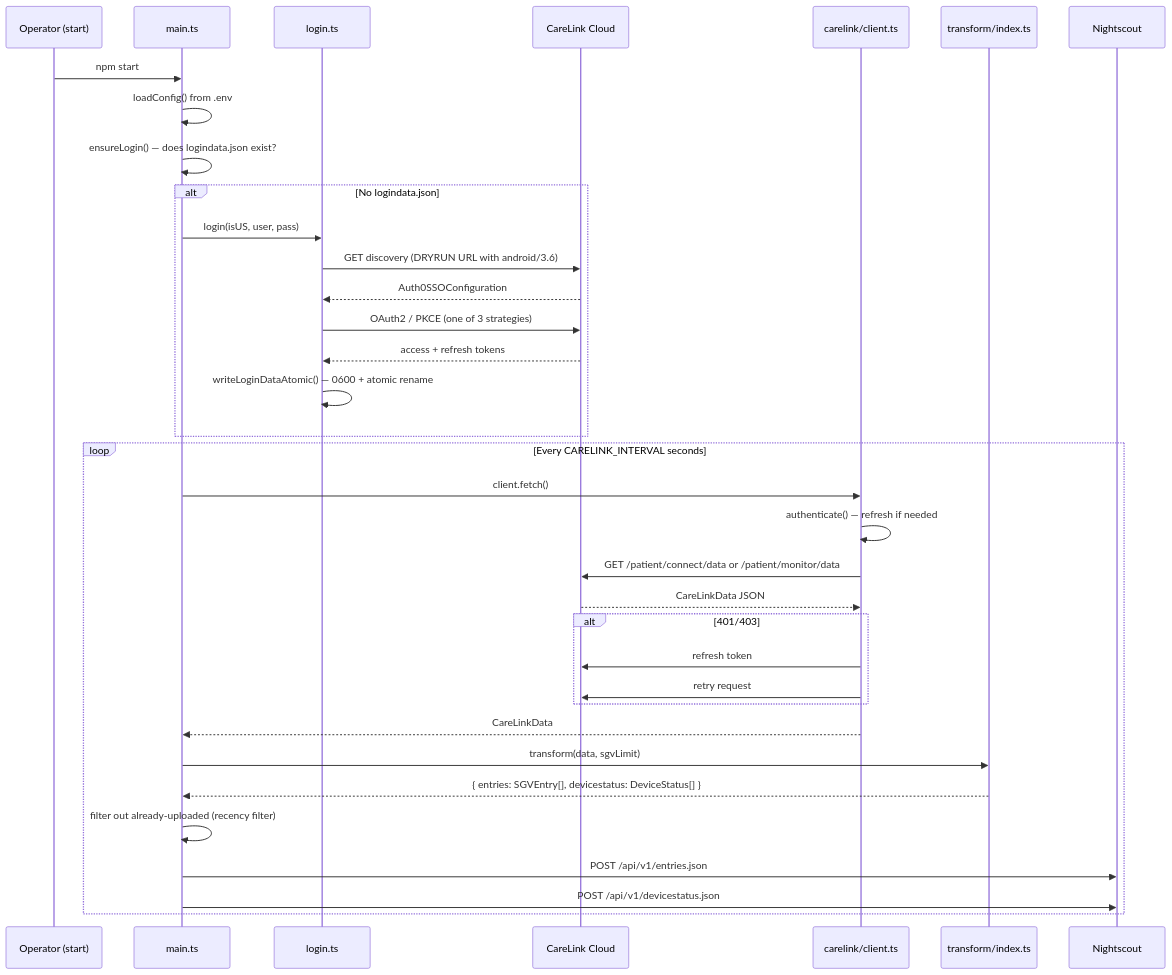
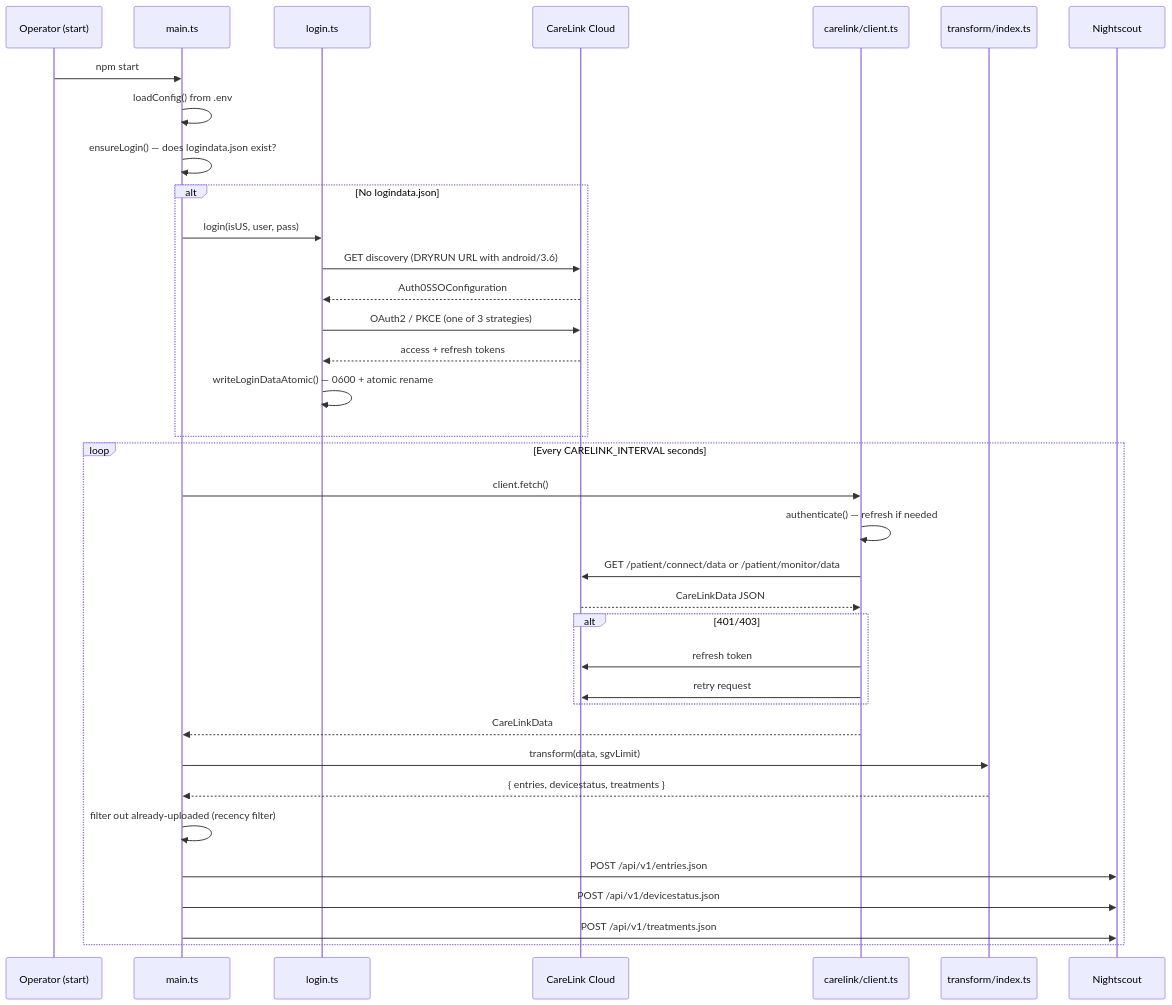
Before and after one commit to NovaLux12/carelink-bridge: the second of 3 diagrams in docs/ARCHITECTURE.md, drawn with Mermaid. The commit also changed other lines of this file and 11 other files, not shown here.

````diff
--- a/docs/ARCHITECTURE.md
+++ b/docs/ARCHITECTURE.md
@@ -89,39 +105,40 @@
 ```mermaid
 sequenceDiagram
   participant Op as Operator (start)
   participant Main as main.ts
   participant Login as login.ts
   participant CL as CareLink Cloud
   participant Client as carelink/client.ts
   participant Trans as transform/index.ts
   participant NS as Nightscout
 
   Op->>Main: npm start
   Main->>Main: loadConfig() from .env
   Main->>Main: ensureLogin() — does logindata.json exist?
   alt No logindata.json
     Main->>Login: login(isUS, user, pass)
     Login->>CL: GET discovery (DRYRUN URL with android/3.6)
     CL-->>Login: Auth0SSOConfiguration
     Login->>CL: OAuth2 / PKCE (one of 3 strategies)
     CL-->>Login: access + refresh tokens
     Login->>Login: writeLoginDataAtomic() — 0600 + atomic rename
   end
 
   loop Every CARELINK_INTERVAL seconds
     Main->>Client: client.fetch()
     Client->>Client: authenticate() — refresh if needed
     Client->>CL: GET /patient/connect/data or /patient/monitor/data
     CL-->>Client: CareLinkData JSON
     alt 401/403
       Client->>CL: refresh token
       Client->>CL: retry request
     end
     Client-->>Main: CareLinkData
     Main->>Trans: transform(data, sgvLimit)
-    Trans-->>Main: { entries: SGVEntry[], devicestatus: DeviceStatus[] }
+    Trans-->>Main: { entries, devicestatus, treatments }
     Main->>Main: filter out already-uploaded (recency filter)
     Main->>NS: POST /api/v1/entries.json
     Main->>NS: POST /api/v1/devicestatus.json
+    Main->>NS: POST /api/v1/treatments.json
   end
 ```
````
